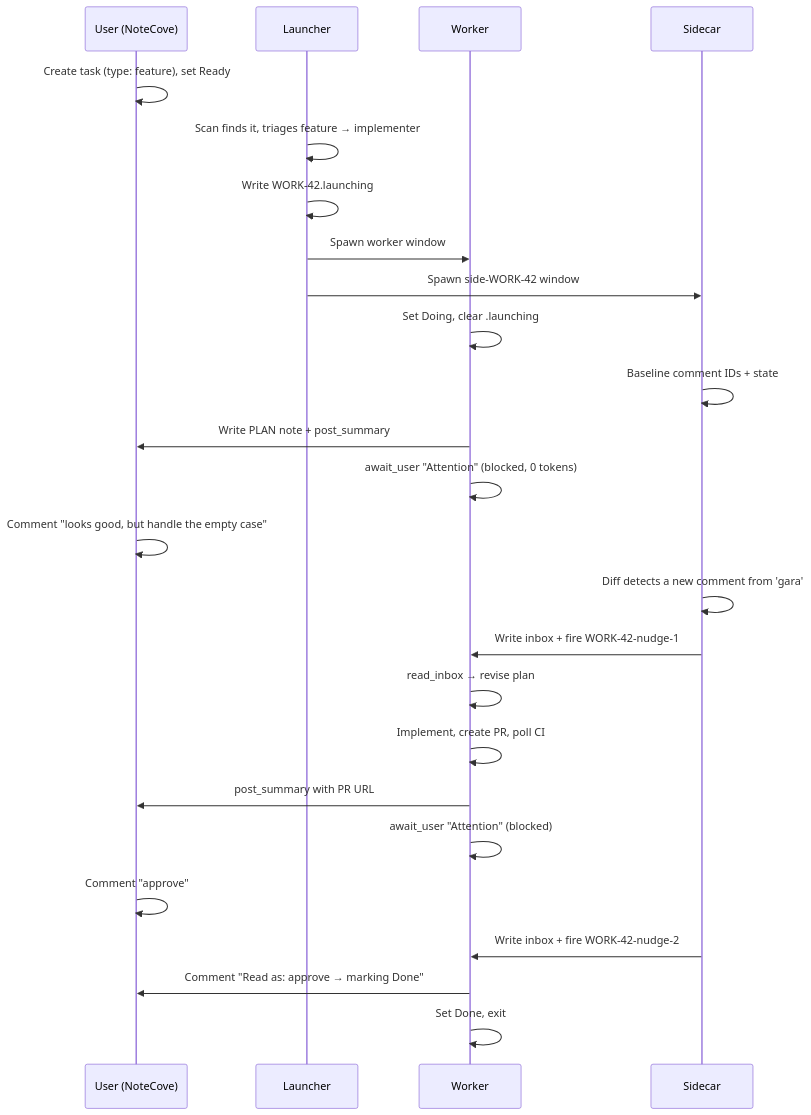
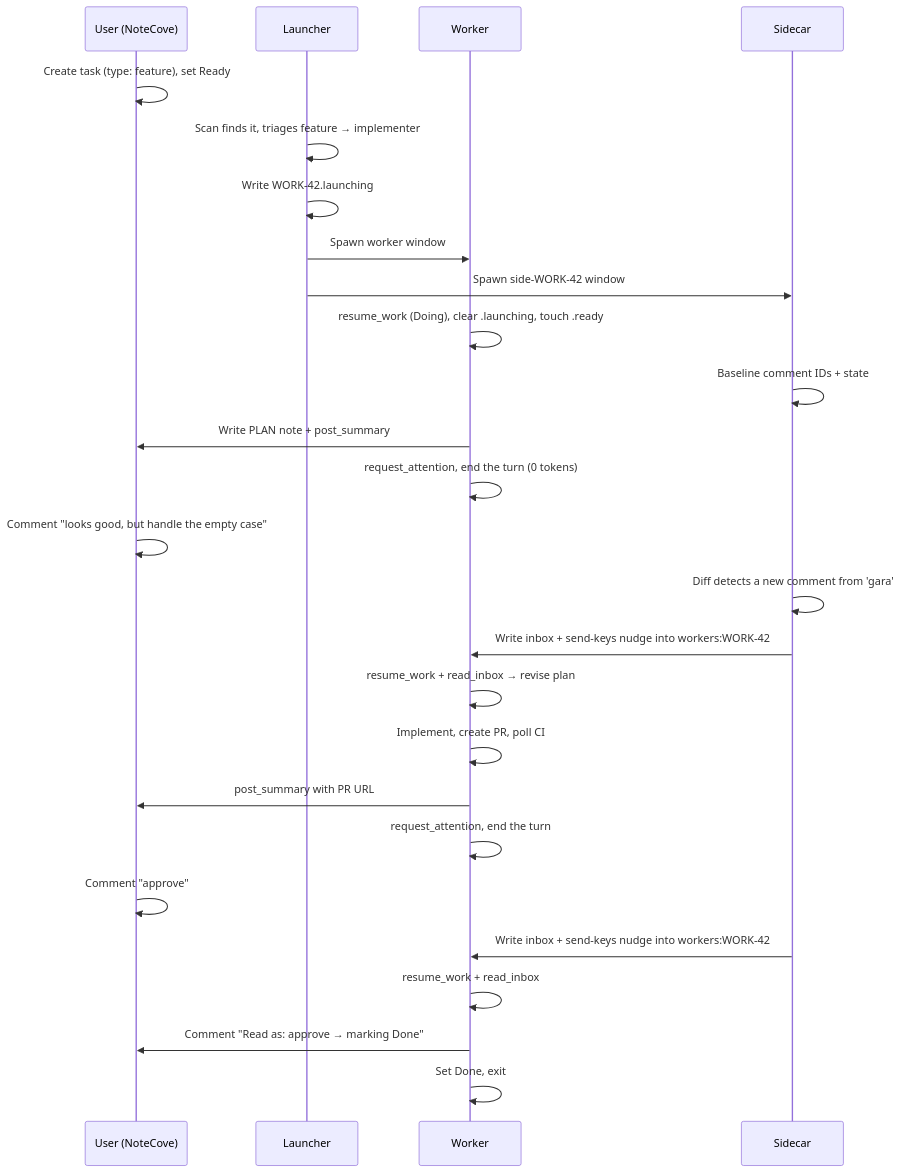
Before and after one commit to gara2000/agentmesh: the eighth of 9 diagrams in docs/agentic-workflow.md, drawn with Mermaid. The commit also changed other lines of this file and 29 other files, not shown here.

````diff
--- a/docs/agentic-workflow.md
+++ b/docs/agentic-workflow.md
@@ -471,30 +522,31 @@
 ```mermaid
 sequenceDiagram
     participant U as User (NoteCove)
     participant L as Launcher
     participant W as Worker
     participant S as Sidecar
 
     U->>U: Create task (type: feature), set Ready
     L->>L: Scan finds it, triages feature → implementer
     L->>L: Write WORK-42.launching
     L->>W: Spawn worker window
     L->>S: Spawn side-WORK-42 window
-    W->>W: Set Doing, clear .launching
+    W->>W: resume_work (Doing), clear .launching, touch .ready
     S->>S: Baseline comment IDs + state
 
     W->>U: Write PLAN note + post_summary
-    W->>W: await_user "Attention" (blocked, 0 tokens)
+    W->>W: request_attention, end the turn (0 tokens)
     U->>U: Comment "looks good, but handle the empty case"
     S->>S: Diff detects a new comment from 'gara'
-    S->>W: Write inbox + fire WORK-42-nudge-1
-    W->>W: read_inbox → revise plan
+    S->>W: Write inbox + send-keys nudge into workers:WORK-42
+    W->>W: resume_work + read_inbox → revise plan
 
     W->>W: Implement, create PR, poll CI
     W->>U: post_summary with PR URL
-    W->>W: await_user "Attention" (blocked)
+    W->>W: request_attention, end the turn
     U->>U: Comment "approve"
-    S->>W: Write inbox + fire WORK-42-nudge-2
+    S->>W: Write inbox + send-keys nudge into workers:WORK-42
+    W->>W: resume_work + read_inbox
     W->>U: Comment "Read as: approve → marking Done"
     W->>W: Set Done, exit
 ```
````
